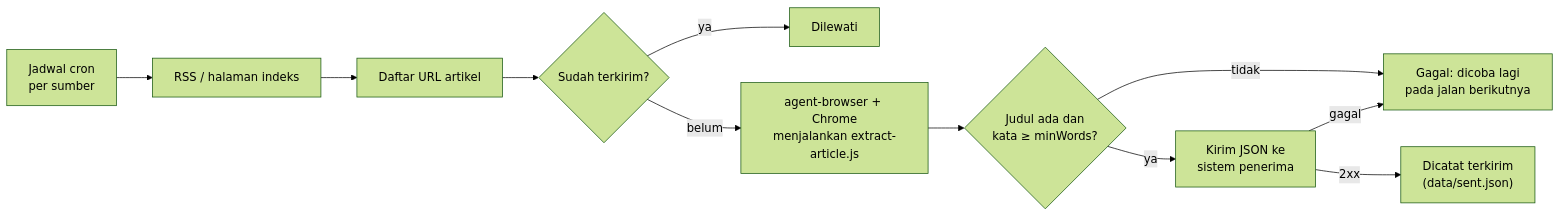
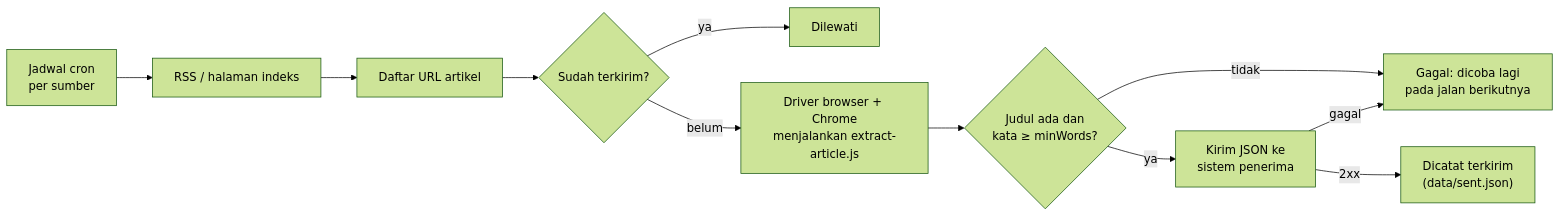
Before and after one commit to adehikmatfr/news-scrap: the first of 5 diagrams in scraper/README.md, drawn with Mermaid (forest theme). The commit also changed other lines of this file and 29 other files, not shown here.

First line of the commit message:
Driver browser bisa dipilih, benchmark, dan ekstraktor generik

````diff
--- a/scraper/README.md
+++ b/scraper/README.md
@@ -7,13 +7,13 @@
 ```mermaid
 flowchart LR
     S["Jadwal cron<br/>per sumber"] --> A["RSS / halaman indeks"]
     A --> B["Daftar URL artikel"]
     B --> C{"Sudah terkirim?"}
     C -- ya --> X["Dilewati"]
-    C -- belum --> D["agent-browser + Chrome<br/>menjalankan extract-article.js"]
+    C -- belum --> D["Driver browser + Chrome<br/>menjalankan extract-article.js"]
     D --> E{"Judul ada dan<br/>kata ≥ minWords?"}
     E -- tidak --> F["Gagal: dicoba lagi<br/>pada jalan berikutnya"]
     E -- ya --> G["Kirim JSON ke<br/>sistem penerima"]
     G -- 2xx --> H["Dicatat terkirim<br/>(data/sent.json)"]
     G -- gagal --> F
 ```
````
